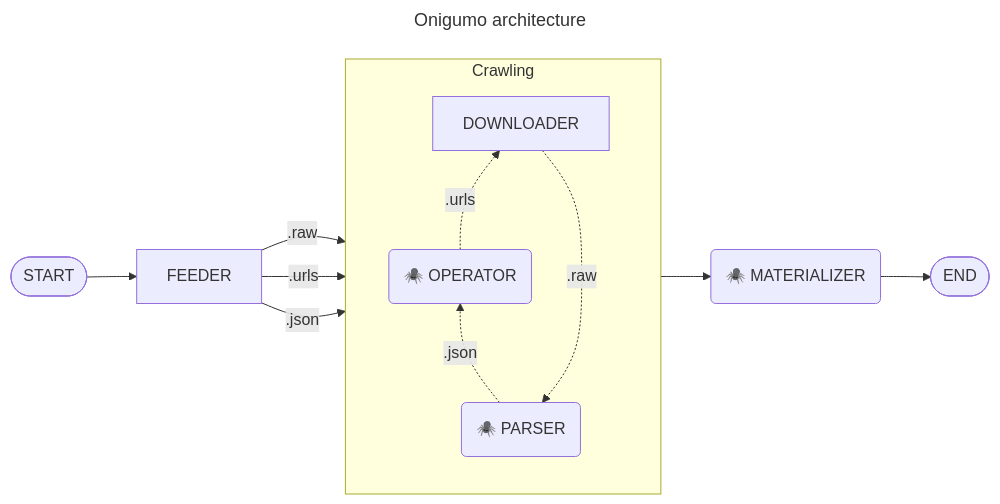
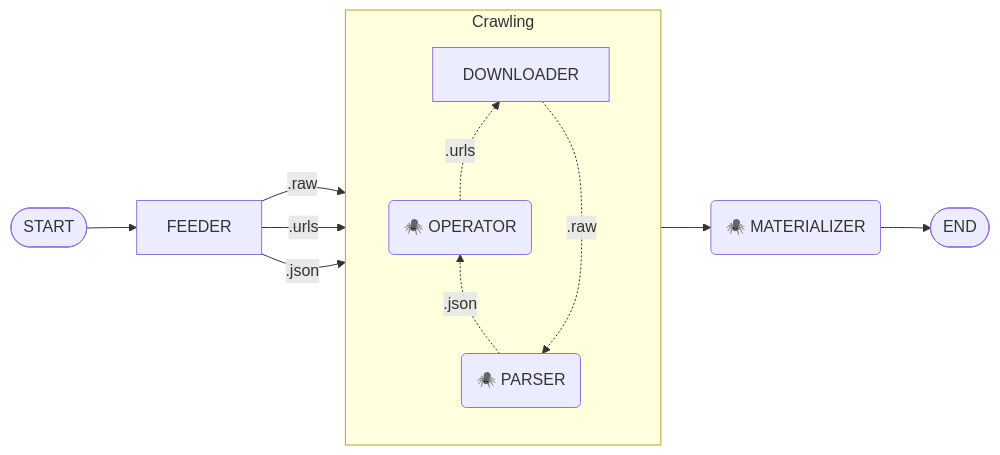
One commit to Glutexo/onigumo changed the first of 2 diagrams in README.md. Above: the diagram before and after it, drawn with Mermaid.

Commit message:
Remove title from graph

````diff
--- a/README.md
+++ b/README.md
@@ -17,23 +17,20 @@
 ```mermaid
----
-title: Onigumo architecture
----
 flowchart LR
     subgraph Crawling
         direction BT
         spider_parser(🕷️ PARSER)
         spider_operator(🕷️ OPERATOR)
         onigumo_downloader[DOWNLOADER]
     end
 
     start([START])  --> onigumo_feeder[FEEDER]
     onigumo_feeder  -- .raw --> Crawling
     onigumo_feeder  -- .urls --> Crawling
     onigumo_feeder  -- .json --> Crawling
     Crawling  --> spider_materializer(🕷️ MATERIALIZER)
     spider_materializer --> done([END])
 
     spider_operator     -. "<hash>.urls" .-> onigumo_downloader
     onigumo_downloader -. "<hash>.raw"  .->  spider_parser
     spider_parser     -. "<hash>.json" .->  spider_operator
 ```
````
